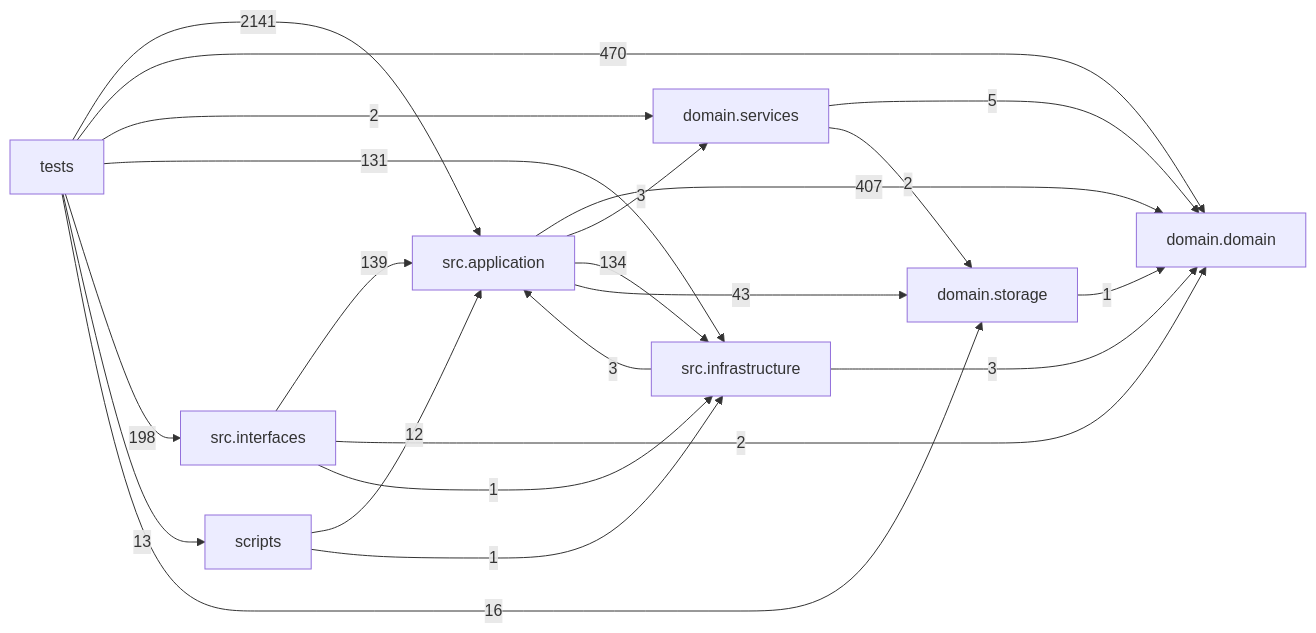
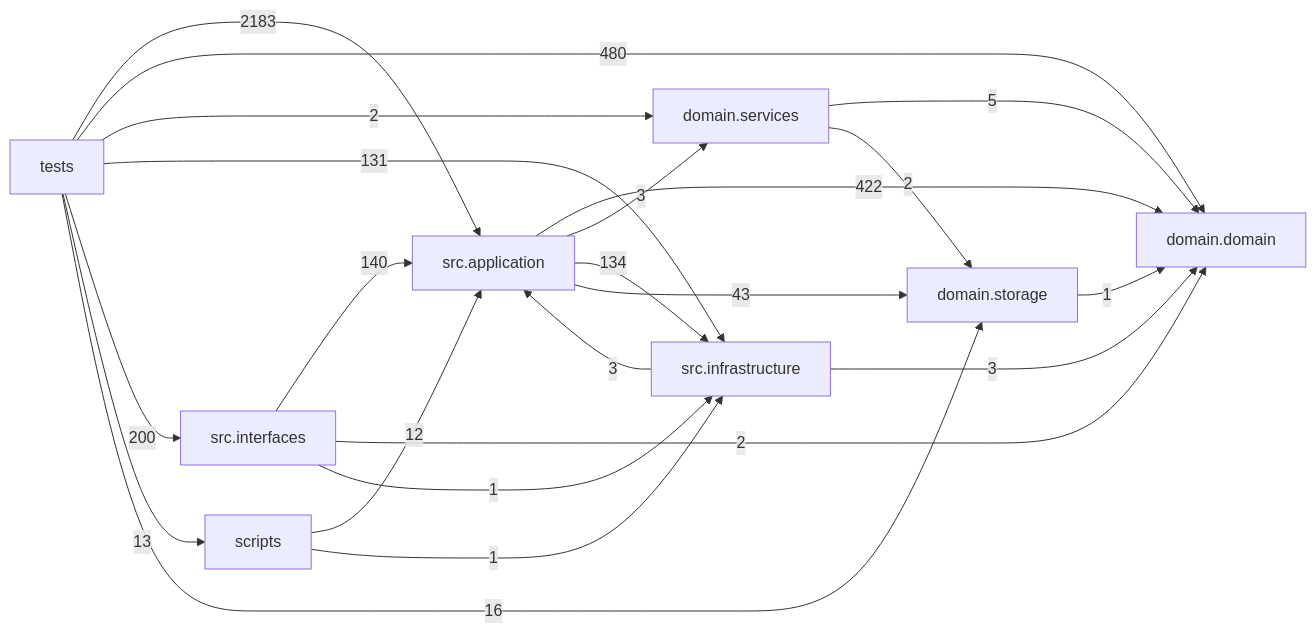
One commit to liuxie066/options-monitor changed the diagram in docs/DEPENDENCY_GRAPH.md. Above: the diagram before and after it, drawn with Mermaid. The commit also changed other lines of this file and 78 other files, not shown here.

````diff
--- a/docs/DEPENDENCY_GRAPH.md
+++ b/docs/DEPENDENCY_GRAPH.md
@@ -24,32 +24,32 @@
 ```mermaid
 flowchart LR
   tests["tests"]
   scripts["scripts"]
   interfaces["src.interfaces"]
   application["src.application"]
   infrastructure["src.infrastructure"]
   domain_services["domain.services"]
   domain["domain.domain"]
   storage["domain.storage"]
-  application -->|407| domain
+  application -->|422| domain
   application -->|3| domain_services
   application -->|134| infrastructure
   application -->|43| storage
   domain_services -->|5| domain
   domain_services -->|2| storage
   infrastructure -->|3| application
   infrastructure -->|3| domain
-  interfaces -->|139| application
+  interfaces -->|140| application
   interfaces -->|2| domain
   interfaces -->|1| infrastructure
   scripts -->|12| application
   scripts -->|1| infrastructure
   storage -->|1| domain
-  tests -->|2141| application
-  tests -->|470| domain
+  tests -->|2183| application
+  tests -->|480| domain
   tests -->|2| domain_services
   tests -->|131| infrastructure
-  tests -->|198| interfaces
+  tests -->|200| interfaces
   tests -->|13| scripts
   tests -->|16| storage
 ```
````
